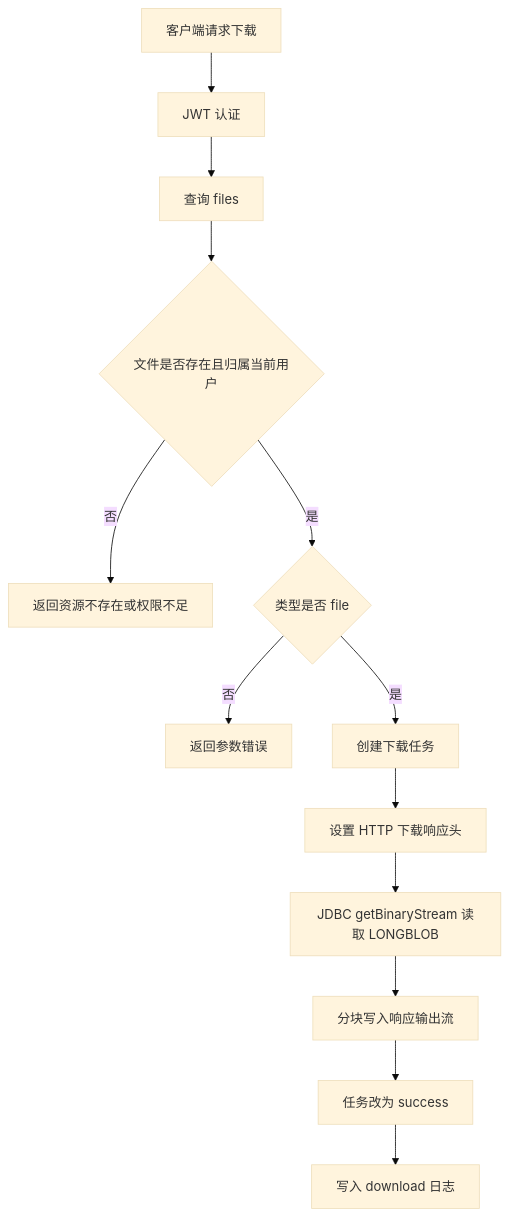
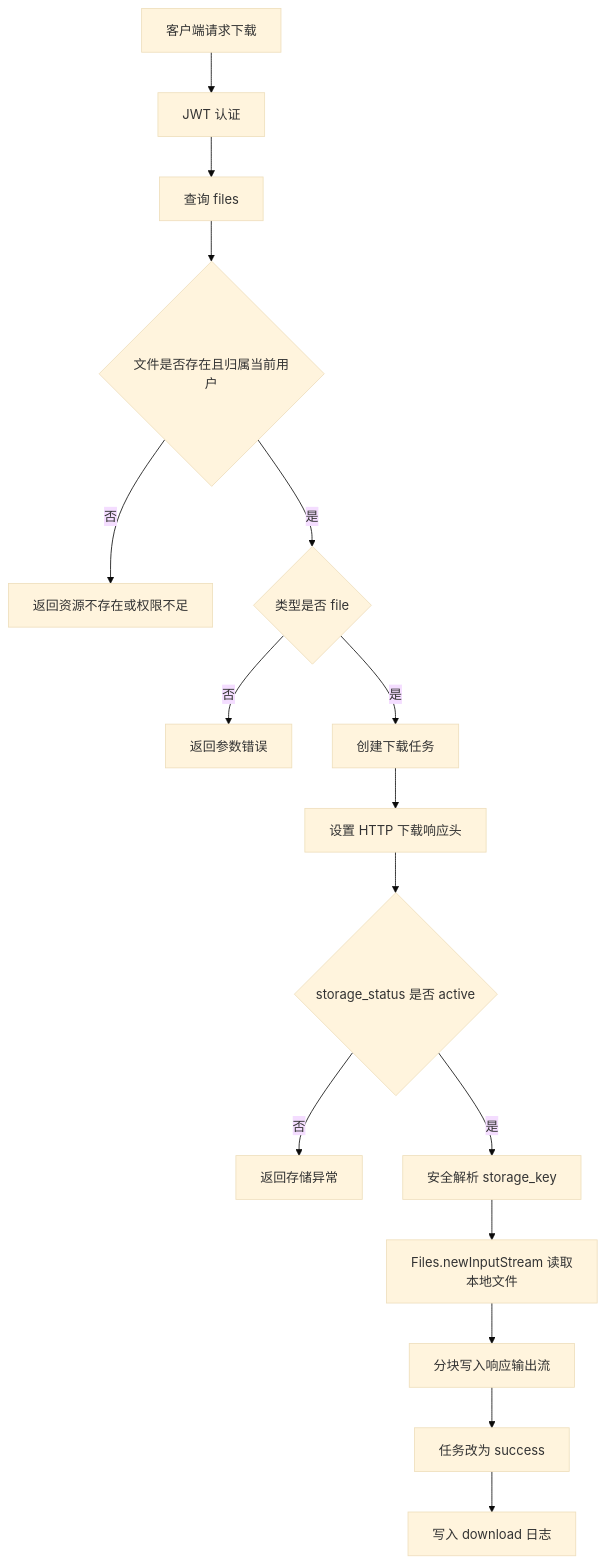
One commit to CNGM222/mycloud changed the eighth of 35 diagrams in 详细设计-流程图与类图.md. Above: the diagram before and after it, drawn with Mermaid (base theme). The commit also changed other lines of this file and 56 other files, not shown here.

````diff
--- a/详细设计-流程图与类图.md
+++ b/详细设计-流程图与类图.md
@@ -205,15 +213,18 @@
 ```mermaid
 flowchart TD
     A[客户端请求下载] --> B[JWT 认证]
     B --> C[查询 files]
     C --> D{文件是否存在且归属当前用户}
     D -->|否| E1[返回资源不存在或权限不足]
     D -->|是| E{类型是否 file}
     E -->|否| E2[返回参数错误]
     E -->|是| F[创建下载任务]
     F --> G[设置 HTTP 下载响应头]
-    G --> H[JDBC getBinaryStream 读取 LONGBLOB]
-    H --> I[分块写入响应输出流]
-    I --> J[任务改为 success]
-    J --> K[写入 download 日志]
+    G --> H{storage_status 是否 active}
+    H -->|否| E3[返回存储异常]
+    H -->|是| I[安全解析 storage_key]
+    I --> J[Files.newInputStream 读取本地文件]
+    J --> K[分块写入响应输出流]
+    K --> L[任务改为 success]
+    L --> M[写入 download 日志]
 ```
````
